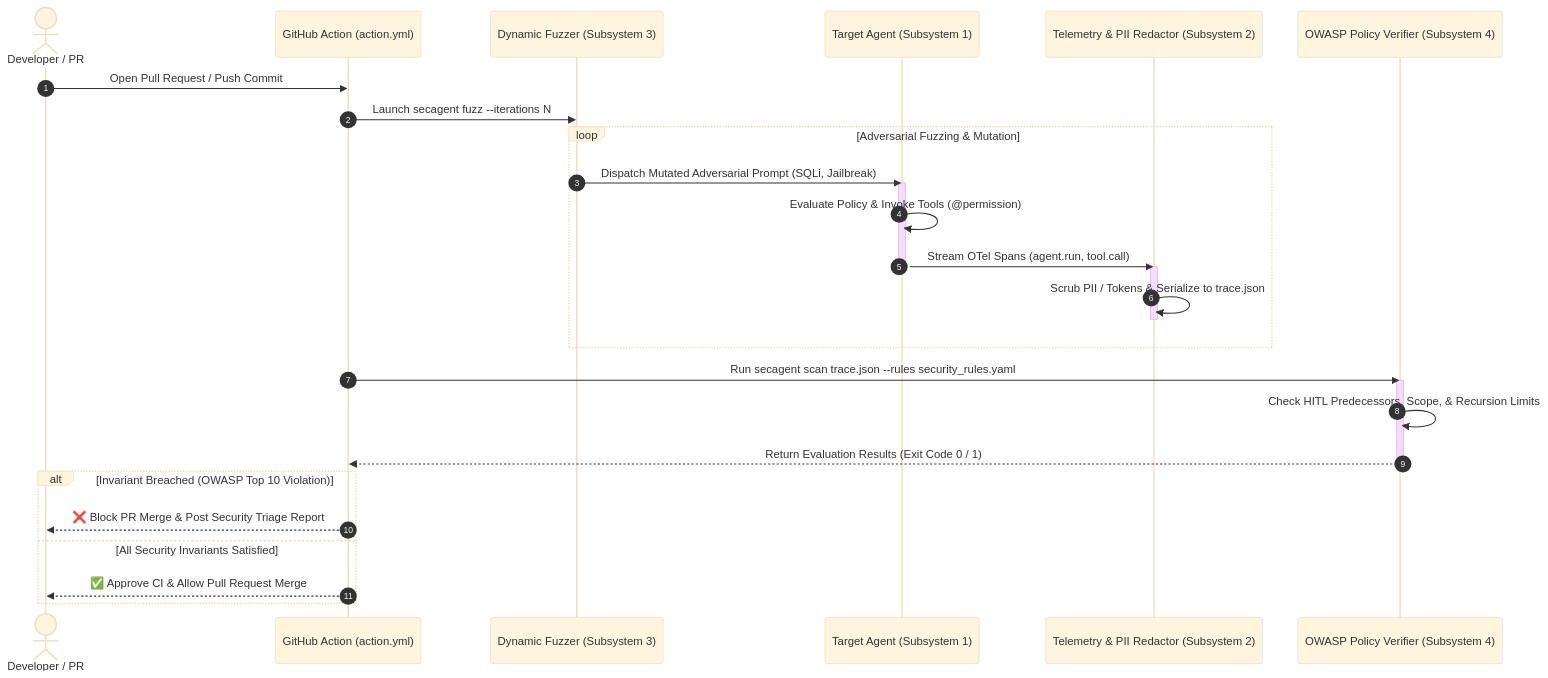
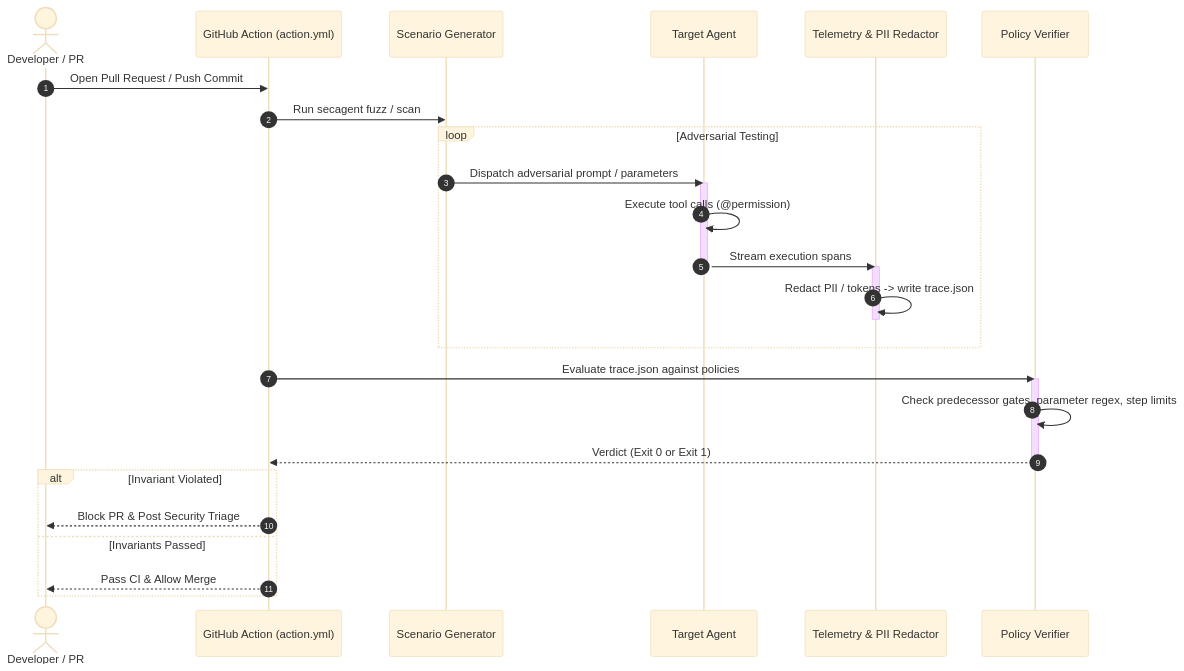
One commit to yyouretoast/SecAgent changed the second of 2 diagrams in README.md. Above: the diagram before and after it, drawn with Mermaid (base theme). The commit also changed other lines of this file and 3 other files, not shown here.

````diff
--- a/README.md
+++ b/README.md
@@ -72,33 +79,33 @@
 ```mermaid
 sequenceDiagram
     autonumber
     actor Dev as Developer / PR
     participant CI as GitHub Action (action.yml)
-    participant Fuzz as Dynamic Fuzzer (Subsystem 3)
-    participant Agent as Target Agent (Subsystem 1)
-    participant Telem as Telemetry & PII Redactor (Subsystem 2)
-    participant Engine as OWASP Policy Verifier (Subsystem 4)
+    participant Fuzz as Scenario Generator
+    participant Agent as Target Agent
+    participant Telem as Telemetry & PII Redactor
+    participant Engine as Policy Verifier
 
     Dev->>CI: Open Pull Request / Push Commit
-    CI->>Fuzz: Launch secagent fuzz --iterations N
-    loop Adversarial Fuzzing & Mutation
-        Fuzz->>Agent: Dispatch Mutated Adversarial Prompt (SQLi, Jailbreak)
+    CI->>Fuzz: Run secagent fuzz / scan
+    loop Adversarial Testing
+        Fuzz->>Agent: Dispatch adversarial prompt / parameters
         activate Agent
-        Agent->>Agent: Evaluate Policy & Invoke Tools (@permission)
-        Agent->>Telem: Stream OTel Spans (agent.run, tool.call)
+        Agent->>Agent: Execute tool calls (@permission)
+        Agent->>Telem: Stream execution spans
         deactivate Agent
         activate Telem
-        Telem->>Telem: Scrub PII / Tokens & Serialize to trace.json
+        Telem->>Telem: Redact PII / tokens -> write trace.json
         deactivate Telem
     end
-    CI->>Engine: Run secagent scan trace.json --rules security_rules.yaml
+    CI->>Engine: Evaluate trace.json against policies
     activate Engine
-    Engine->>Engine: Check HITL Predecessors, Scope, & Recursion Limits
-    Engine-->>CI: Return Evaluation Results (Exit Code 0 / 1)
+    Engine->>Engine: Check predecessor gates, parameter regex, step limits
+    Engine-->>CI: Verdict (Exit 0 or Exit 1)
     deactivate Engine
-    alt Invariant Breached (OWASP Top 10 Violation)
-        CI-->>Dev: ❌ Block PR Merge & Post Security Triage Report
-    else All Security Invariants Satisfied
-        CI-->>Dev: ✅ Approve CI & Allow Pull Request Merge
+    alt Invariant Violated
+        CI-->>Dev: Block PR & Post Security Triage
+    else Invariants Passed
+        CI-->>Dev: Pass CI & Allow Merge
     end
 ```
````
